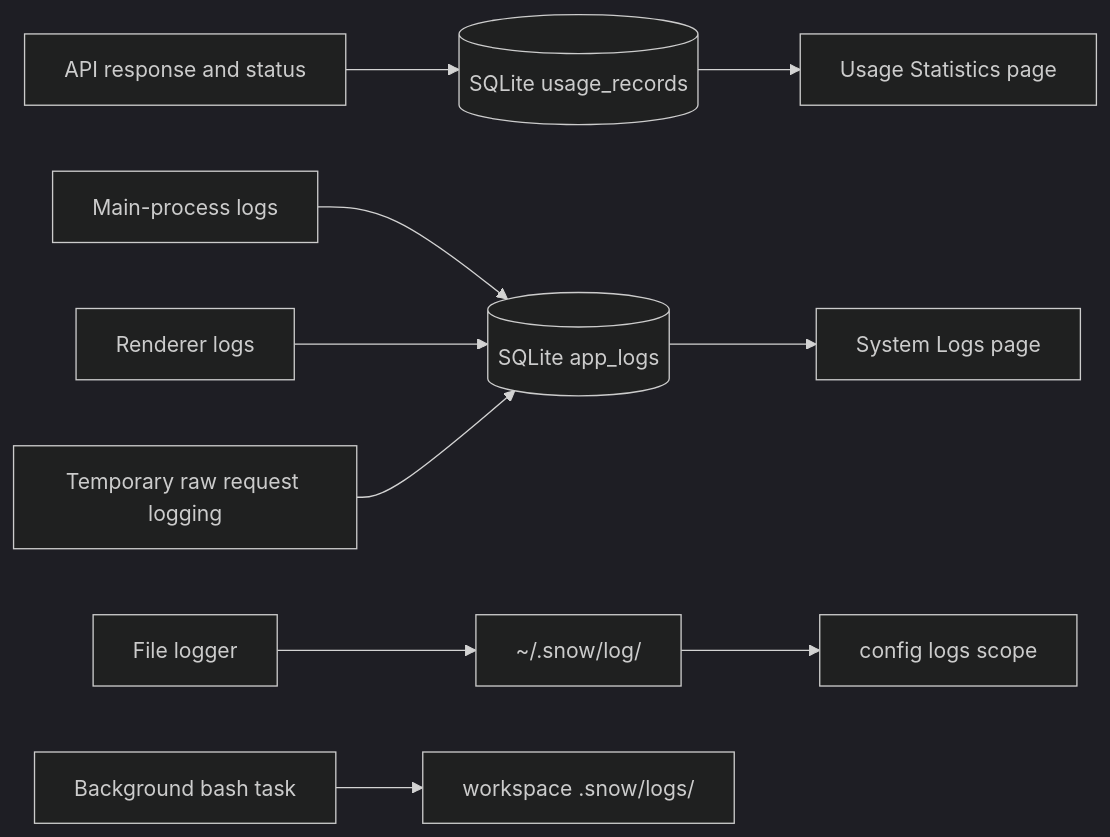
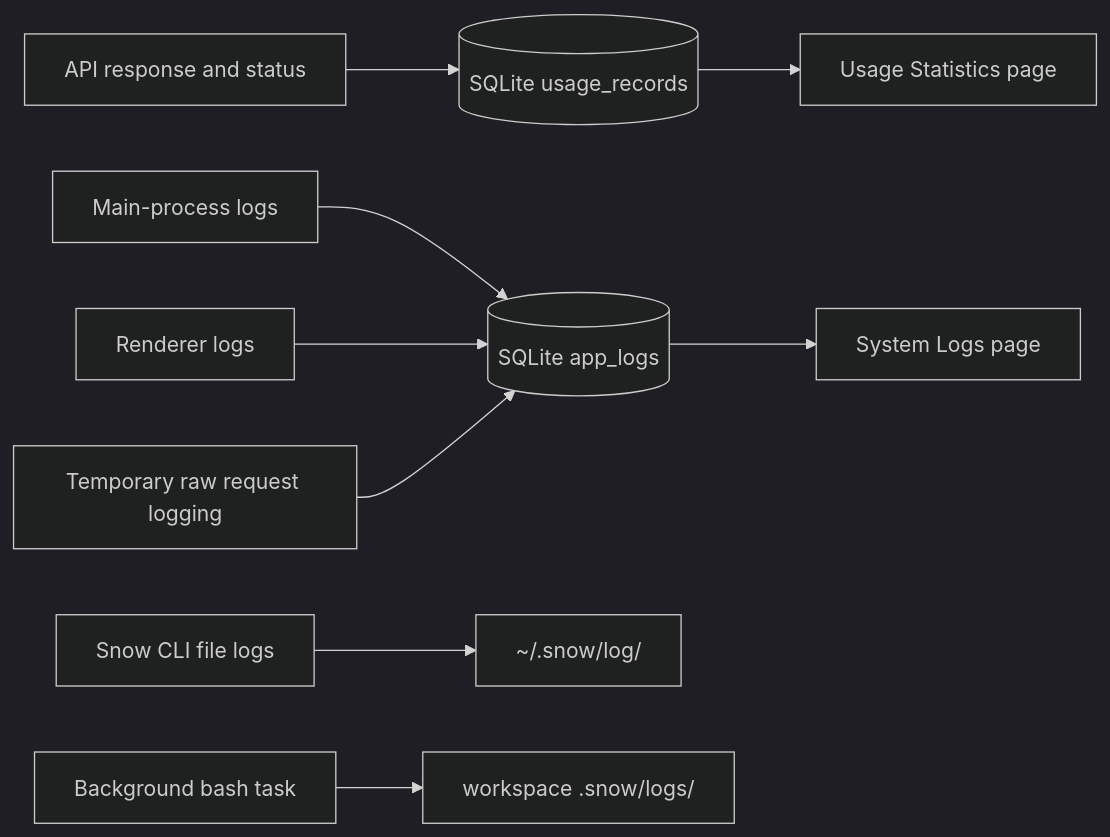
The diagram in docs/en/2-guides/20-usage-statistics-and-system-logs.md (BaSui01/snow-app), drawn with Mermaid (dark theme) before and after one commit. The commit also changed other lines of this file and 22 other files, not shown here.

````diff
--- a/docs/en/2-guides/20-usage-statistics-and-system-logs.md
+++ b/docs/en/2-guides/20-usage-statistics-and-system-logs.md
@@ -7,12 +7,11 @@
 ```mermaid
 flowchart LR
     API[API response and status] --> U[(SQLite usage_records)]
     U --> US[Usage Statistics page]
     M[Main-process logs] --> L[(SQLite app_logs)]
     R[Renderer logs] --> L
     Q[Temporary raw request logging] --> L
     L --> LS[System Logs page]
-    F[File logger] --> D[~/.snow/log/]
-    D --> CFG[config logs scope]
+    F[Snow CLI file logs] --> D[~/.snow/log/]
     B[Background bash task] --> W[workspace .snow/logs/]
 ```
````
